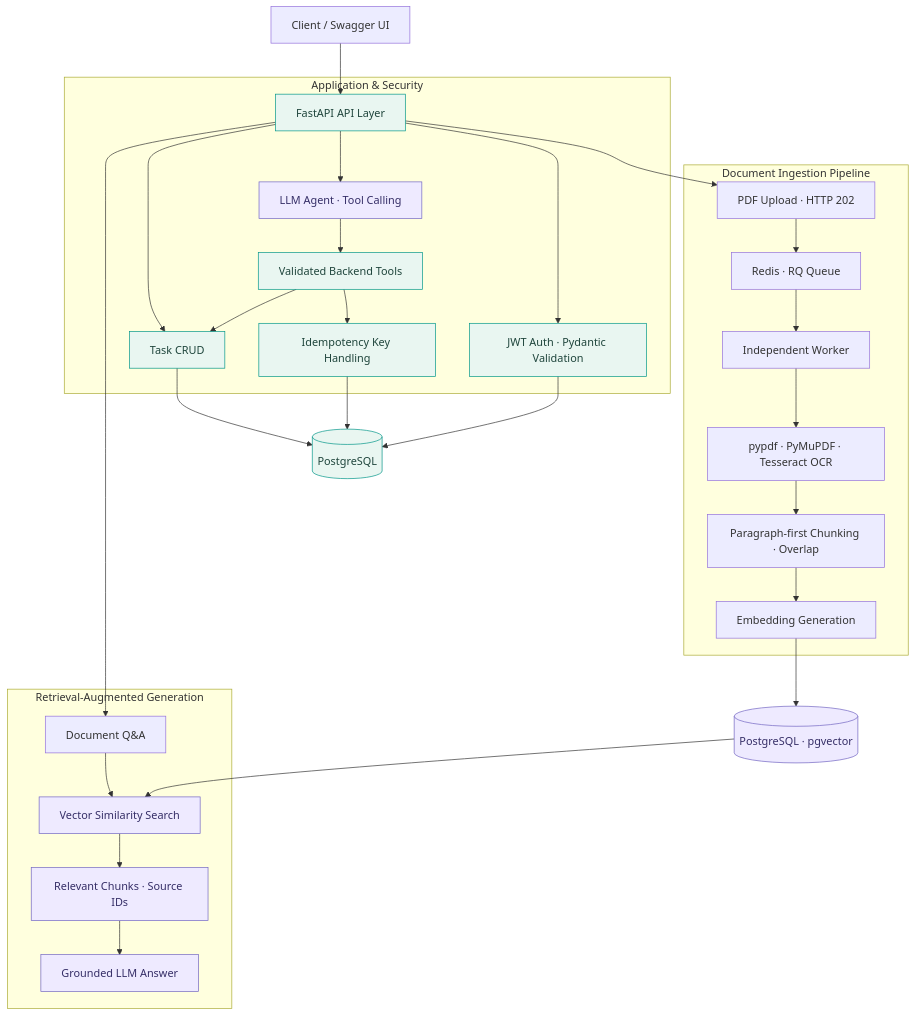
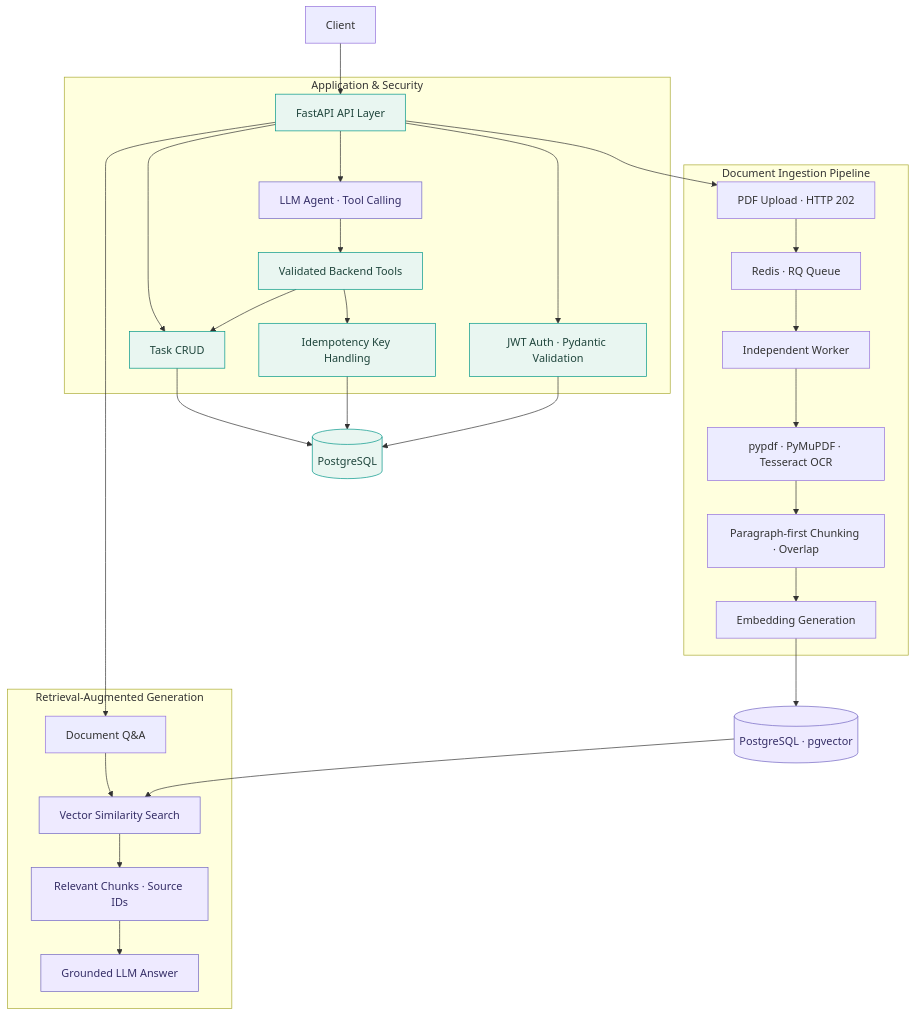
Before and after one commit to EighthhDayy/ai-task-manager: the diagram in README.md, drawn with Mermaid.

Commit message:
Fix client label in system architecture diagram

````diff
--- a/README.md
+++ b/README.md
@@ -71,40 +71,40 @@
 ```mermaid
 flowchart TB
-    U["Client / Swagger UI"] --> API["FastAPI API Layer"]
+    U["Client"] --> API["FastAPI API Layer"]
 
     subgraph App["Application & Security"]
         API --> Auth["JWT Auth · Pydantic Validation"]
         API --> Tasks["Task CRUD"]
         API --> Agent["LLM Agent · Tool Calling"]
         Agent --> Tools["Validated Backend Tools"]
         Tools --> Tasks
         Tools --> Keys["Idempotency Key Handling"]
     end
 
     subgraph Docs["Document Ingestion Pipeline"]
         API --> Upload["PDF Upload · HTTP 202"]
         Upload --> Redis["Redis · RQ Queue"]
         Redis --> Worker["Independent Worker"]
         Worker --> Parser["pypdf · PyMuPDF · Tesseract OCR"]
         Parser --> Chunk["Paragraph-first Chunking · Overlap"]
         Chunk --> Embedding["Embedding Generation"]
     end
 
     subgraph RAG["Retrieval-Augmented Generation"]
         API --> Query["Document Q&A"]
         Query --> Search["Vector Similarity Search"]
         Search --> Evidence["Relevant Chunks · Source IDs"]
         Evidence --> LLM["Grounded LLM Answer"]
     end
 
     Tasks --> DB[("PostgreSQL")]
     Keys --> DB
     Auth --> DB
     Embedding --> Vector[("PostgreSQL · pgvector")]
     Vector --> Search
 
     classDef primary fill:#e9f6f1,stroke:#009688,color:#1f453c;
     classDef model fill:#eeeaff,stroke:#7064c2,color:#352e67;
     class API,Auth,Tasks,Tools,Keys,DB primary;
     class Agent,LLM,Search,Evidence,Vector model;
 ```
````
